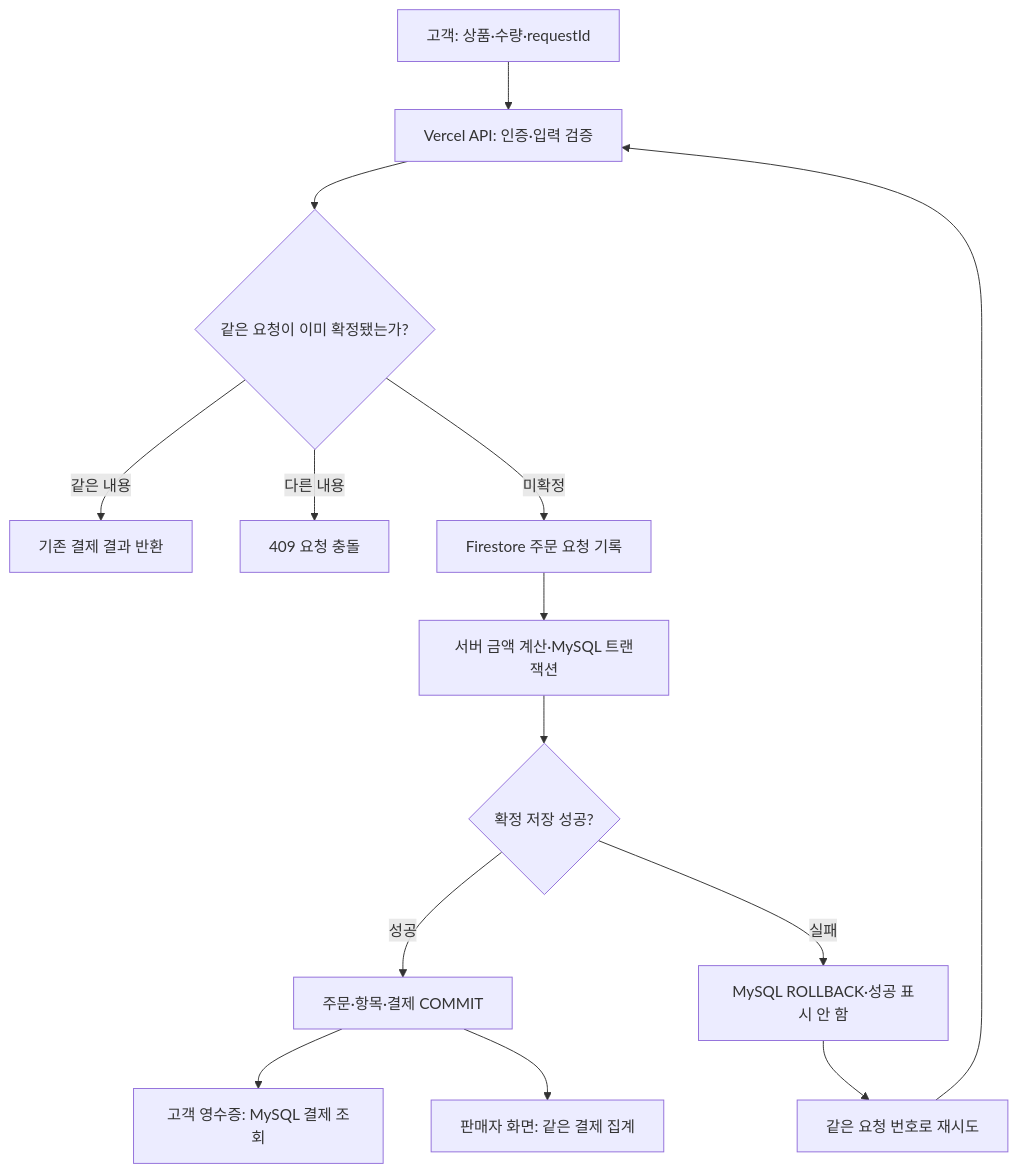
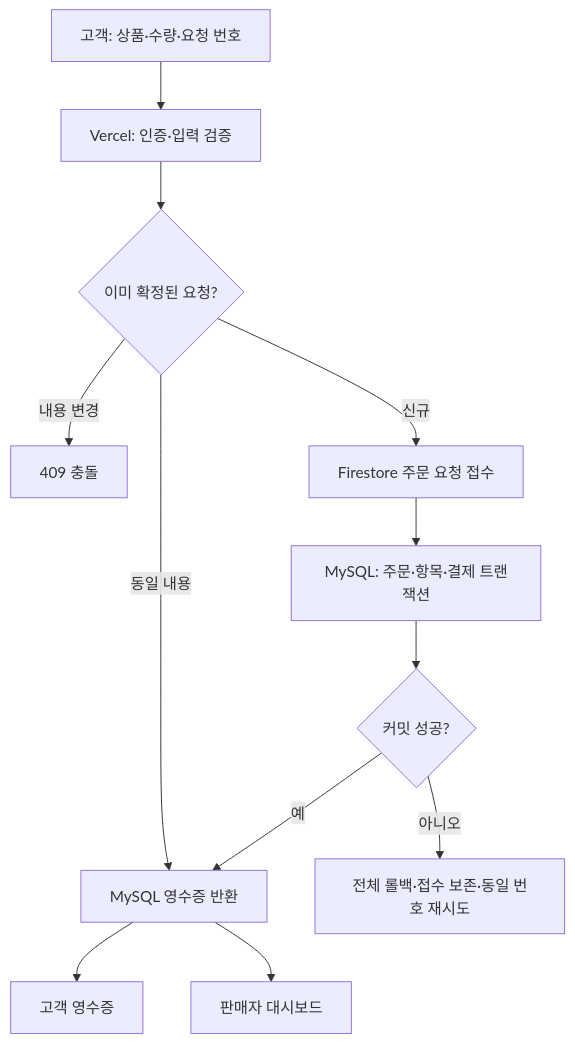
Before and after one commit to wevolmina/ENG_agency: the first of 2 diagrams in docs/IMPLEMENTATION-REPORT.md, drawn with Mermaid. The commit also changed other lines of this file and 3 other files, not shown here.

Commit message:
Publish verified deployment and payment flow report

````diff
--- a/docs/IMPLEMENTATION-REPORT.md
+++ b/docs/IMPLEMENTATION-REPORT.md
@@ -72,16 +32,14 @@
 ```mermaid
 flowchart TD
-  A["고객: 상품·수량·requestId"] --> B["Vercel API: 인증·입력 검증"]
-  B --> C{"같은 요청이 이미 확정됐는가?"}
-  C -->|같은 내용| D["기존 결제 결과 반환"]
-  C -->|다른 내용| E["409 요청 충돌"]
-  C -->|미확정| F["Firestore 주문 요청 기록"]
-  F --> G["서버 금액 계산·MySQL 트랜잭션"]
-  G --> H{"확정 저장 성공?"}
-  H -->|성공| I["주문·항목·결제 COMMIT"]
-  H -->|실패| J["MySQL ROLLBACK·성공 표시 안 함"]
-  J --> K["같은 요청 번호로 재시도"]
-  K --> B
-  I --> L["고객 영수증: MySQL 결제 조회"]
-  I --> M["판매자 화면: 같은 결제 집계"]
+ C["고객: 상품·수량·요청 번호"] --> A["Vercel: 인증·입력 검증"]
+ A --> Q{"이미 확정된 요청?"}
+ Q -->|동일 내용| R["MySQL 영수증 반환"]
+ Q -->|내용 변경| X["409 충돌"]
+ Q -->|신규| F["Firestore 주문 요청 접수"]
+ F --> T["MySQL: 주문·항목·결제 트랜잭션"]
+ T --> S{"커밋 성공?"}
+ S -->|예| R
+ S -->|아니오| E["전체 롤백·접수 보존·동일 번호 재시도"]
+ R --> U["고객 영수증"]
+ R --> M["판매자 대시보드"]
 ```
````
